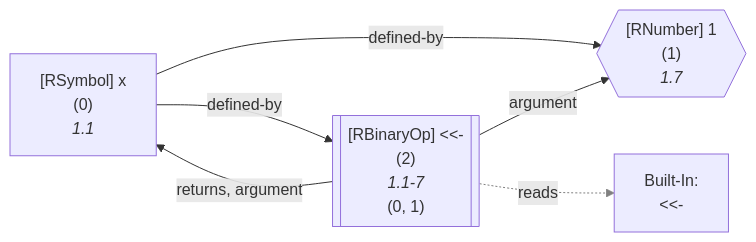
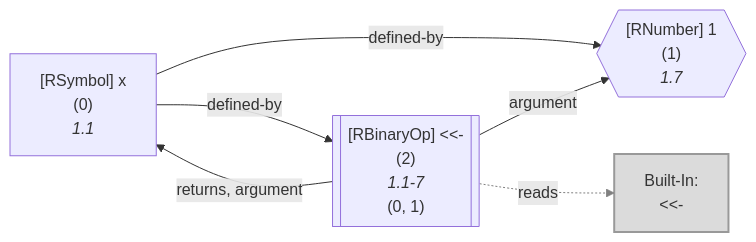
One commit to flowr-analysis/flowr changed diagram 19 of 48 in wiki/Dataflow Graph.md. Above: the diagram before and after it, drawn with Mermaid. The commit also changed other lines of this file and 4 other files, not shown here.

````diff
--- a/wiki/Dataflow Graph.md
+++ b/wiki/Dataflow Graph.md
@@ -2669,21 +2727,22 @@
 ```mermaid
 flowchart LR
     1{{"`#91;RNumber#93; 1
       (1)
       *1.7*`"}}
     0["`#91;RSymbol#93; x
       (0)
       *1.1*`"]
     2[["`#91;RBinaryOp#93; #60;#60;#45;
       (2)
       *1.1-7*
     (0, 1)`"]]
     built-in:__-["`Built-In:
 #60;#60;#45;`"]
+    style built-in:__- stroke:gray,fill:lightgray,stroke-width:2px,opacity:.8;
     0 -->|"defined-by"| 1
     0 -->|"defined-by"| 2
     2 -->|"argument"| 1
     2 -->|"returns, argument"| 0
     2 -.->|"reads"| built-in:__-
     linkStyle 4 stroke:gray;
 ```
````
